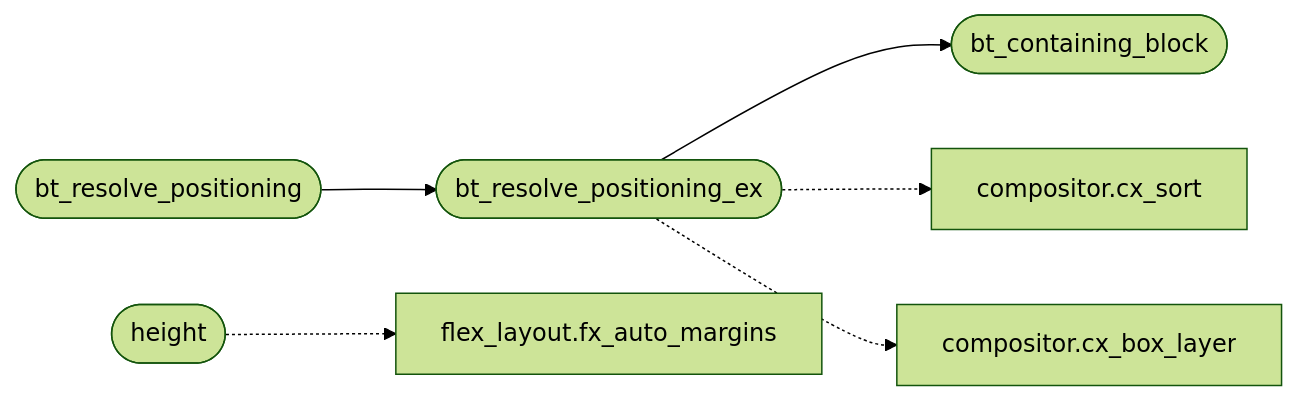
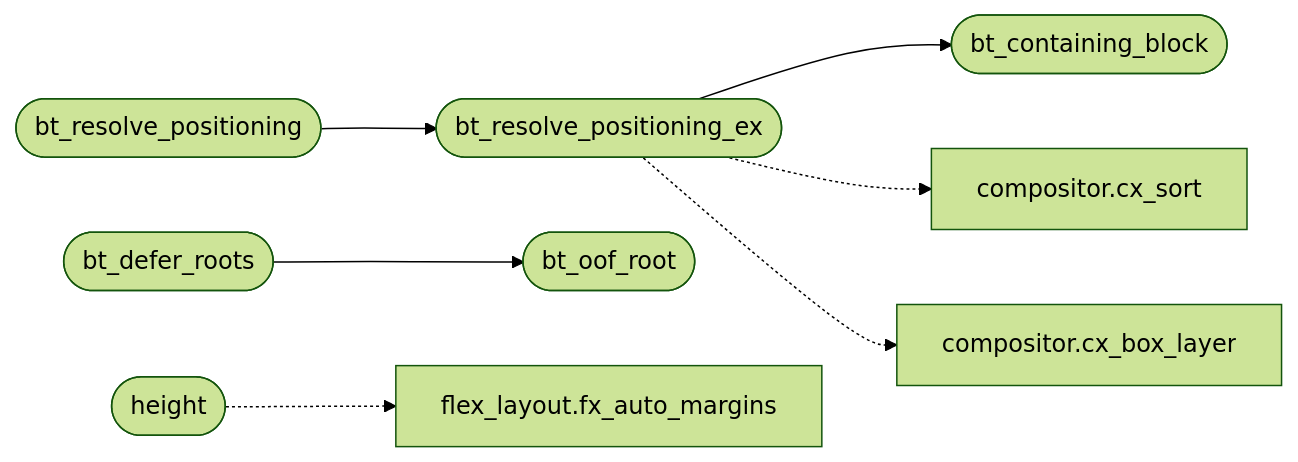
One commit to grisuno/FreeDom changed the diagram in readmenator-apidocs/modules/src.box_tree.c.md. Above: the diagram before and after it, drawn with Mermaid (forest theme). The commit also changed other lines of this file and 169 other files, not shown here.

````diff
--- a/readmenator-apidocs/modules/src.box_tree.c.md
+++ b/readmenator-apidocs/modules/src.box_tree.c.md
@@ -14,15 +14,18 @@
 ```mermaid
 flowchart LR
     n_src_box_tree_c__bt_resolve_positioning(["bt_resolve_positioning"])
     n_src_box_tree_c__bt_resolve_positioning_ex(["bt_resolve_positioning_ex"])
     n_src_box_tree_c__bt_containing_block(["bt_containing_block"])
+    n_src_box_tree_c__bt_defer_roots(["bt_defer_roots"])
+    n_src_box_tree_c__bt_oof_root(["bt_oof_root"])
     n_src_box_tree_c__height(["height"])
     n_src_flex_layout_c__fx_auto_margins["flex_layout.fx_auto_margins"]
     n_include_compositor_h__cx_sort["compositor.cx_sort"]
     n_src_compositor_c__cx_box_layer["compositor.cx_box_layer"]
     n_src_box_tree_c__bt_resolve_positioning --> n_src_box_tree_c__bt_resolve_positioning_ex
     n_src_box_tree_c__bt_resolve_positioning_ex --> n_src_box_tree_c__bt_containing_block
+    n_src_box_tree_c__bt_defer_roots --> n_src_box_tree_c__bt_oof_root
     n_src_box_tree_c__height -.-> n_src_flex_layout_c__fx_auto_margins
     n_src_box_tree_c__bt_resolve_positioning_ex -.-> n_include_compositor_h__cx_sort
     n_src_box_tree_c__bt_resolve_positioning_ex -.-> n_src_compositor_c__cx_box_layer
 ```
````
